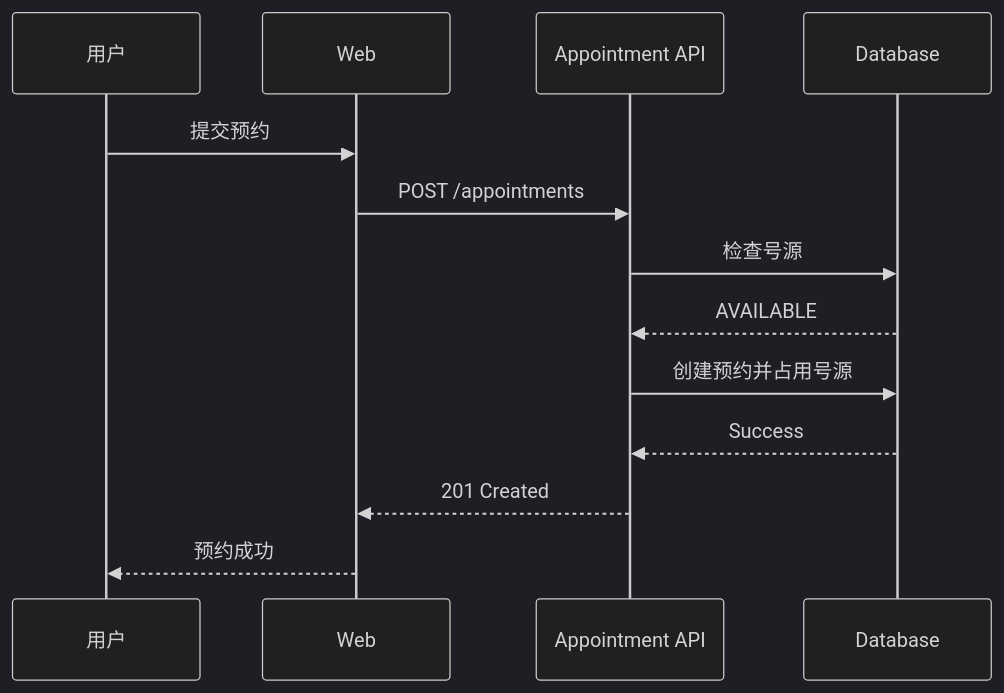
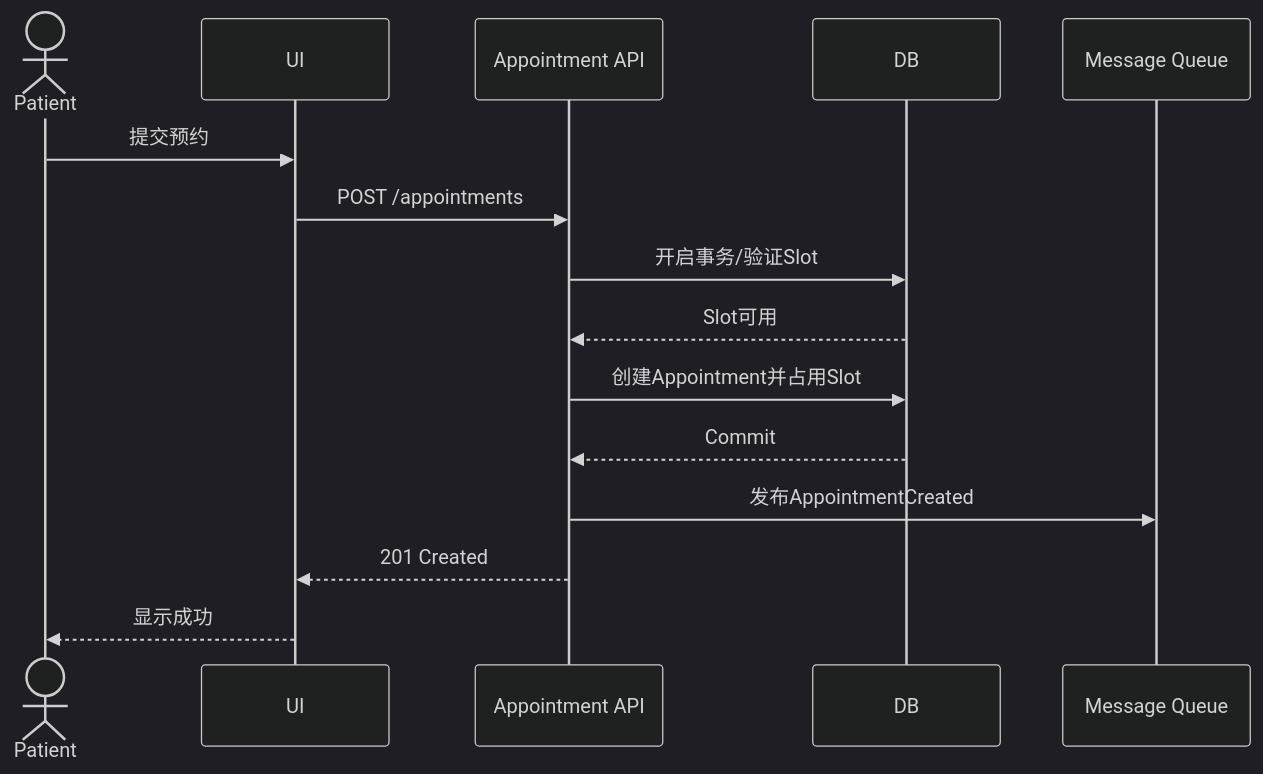
Before and after one commit to lijianding/spec-learning: the second of 5 diagrams in docs/04-需求建模.md, drawn with Mermaid (dark theme). The commit also changed other lines of this file, not shown here.

````diff
--- a/docs/04-需求建模.md
+++ b/docs/04-需求建模.md
@@ -98,15 +162,18 @@
 ```mermaid
 sequenceDiagram
-participant U as 用户
-participant W as Web
-participant A as Appointment API
-participant D as Database
-U->>W: 提交预约
-W->>A: POST /appointments
-A->>D: 检查号源
-D-->>A: AVAILABLE
-A->>D: 创建预约并占用号源
-D-->>A: Success
-A-->>W: 201 Created
-W-->>U: 预约成功
+actor P as Patient
+participant UI
+participant API as Appointment API
+participant DB
+participant MQ as Message Queue
+
+P->>UI: 提交预约
+UI->>API: POST /appointments
+API->>DB: 开启事务/验证Slot
+DB-->>API: Slot可用
+API->>DB: 创建Appointment并占用Slot
+DB-->>API: Commit
+API->>MQ: 发布AppointmentCreated
+API-->>UI: 201 Created
+UI-->>P: 显示成功
 ```
````
